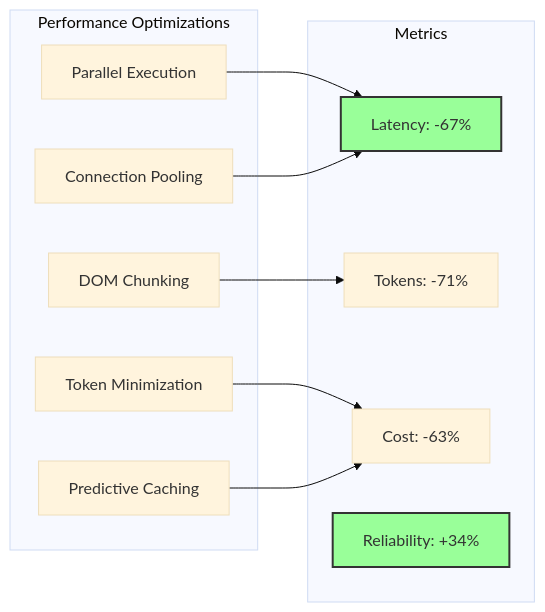
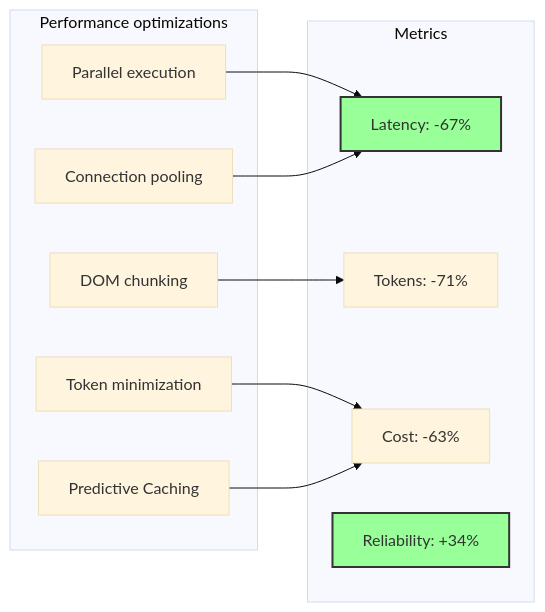
The seventh of 7 diagrams in breakdown/stagehand.md (dwarvesf/research), drawn with Mermaid (base theme) before and after one commit. The commit also changed other lines of this file, not shown here.

````diff
--- a/breakdown/stagehand.md
+++ b/breakdown/stagehand.md
@@ -483,26 +483,26 @@
 ```mermaid
 graph LR
-    subgraph "Performance Optimizations"
-        OPT1[DOM Chunking]
-        OPT2[Parallel Execution]
-        OPT3[Token Minimization]
-        OPT4[Connection Pooling]
+    subgraph "Performance optimizations"
+        OPT1[DOM chunking]
+        OPT2[Parallel execution]
+        OPT3[Token minimization]
+        OPT4[Connection pooling]
         OPT5[Predictive Caching]
     end
 
     subgraph "Metrics"
         LATENCY[Latency: -67%]
         TOKENS[Tokens: -71%]
         COST[Cost: -63%]
         RELIABILITY[Reliability: +34%]
     end
 
     OPT1 --> TOKENS
     OPT2 --> LATENCY
     OPT3 --> COST
     OPT4 --> LATENCY
     OPT5 --> COST
 
     style LATENCY fill:#9f9,stroke:#333,stroke-width:2px
     style RELIABILITY fill:#9f9,stroke:#333,stroke-width:2px
 ```
````
